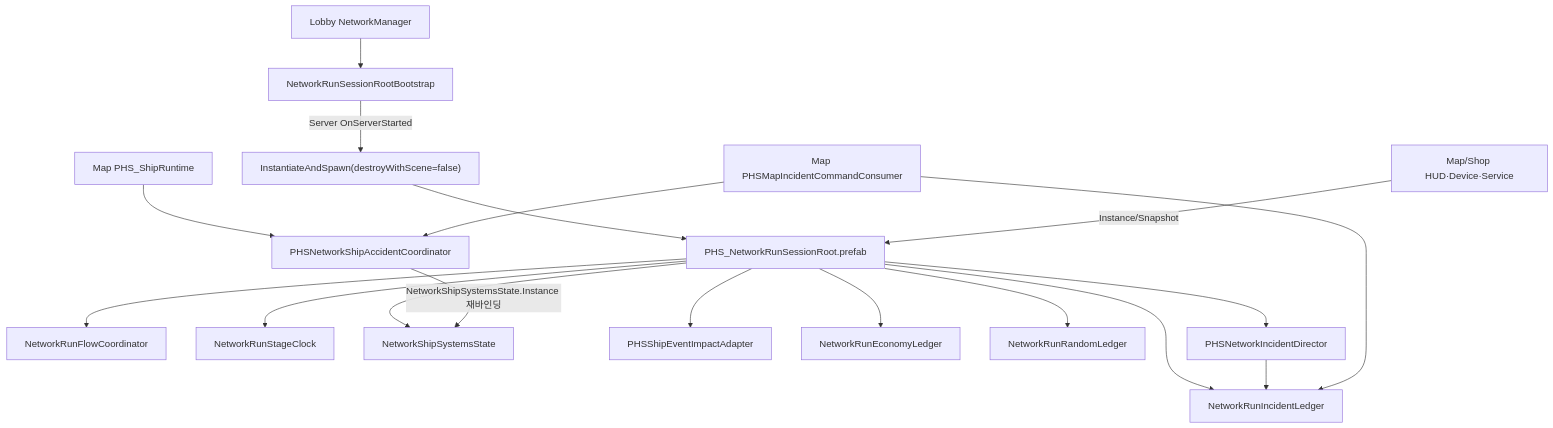
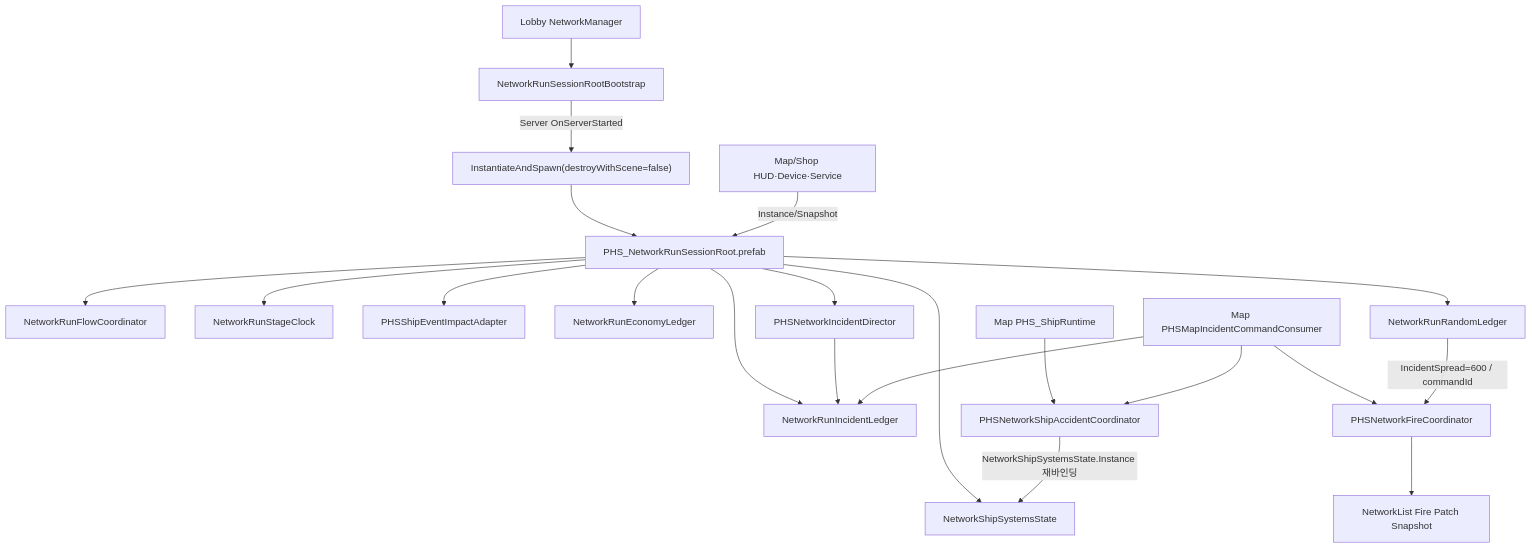
One commit to bokings34-ui/LastJumpCrew_Copy changed the diagram in Docs/PHS_RUN_SESSION_ROOT_IMPLEMENTATION_0718.md. Above: the diagram before and after it, drawn with Mermaid. The commit also changed other lines of this file and 39 other files, not shown here.

````diff
--- a/Docs/PHS_RUN_SESSION_ROOT_IMPLEMENTATION_0718.md
+++ b/Docs/PHS_RUN_SESSION_ROOT_IMPLEMENTATION_0718.md
@@ -21,20 +21,23 @@
 ```mermaid
 flowchart TB
     A["Lobby NetworkManager"] --> B["NetworkRunSessionRootBootstrap"]
     B -->|"Server OnServerStarted"| C["InstantiateAndSpawn(destroyWithScene=false)"]
     C --> D["PHS_NetworkRunSessionRoot.prefab"]
     D --> E["NetworkRunFlowCoordinator"]
     D --> F["NetworkRunStageClock"]
     D --> G["NetworkShipSystemsState"]
     D --> H["PHSShipEventImpactAdapter"]
     D --> L["NetworkRunEconomyLedger"]
     D --> M["NetworkRunRandomLedger"]
     D --> N["NetworkRunIncidentLedger"]
     D --> O["PHSNetworkIncidentDirector"]
     O --> N
     I["Map PHS_ShipRuntime"] --> J["PHSNetworkShipAccidentCoordinator"]
     P["Map PHSMapIncidentCommandConsumer"] --> N
     P --> J
+    P --> Q["PHSNetworkFireCoordinator"]
+    M -->|"IncidentSpread=600 / commandId"| Q
+    Q --> R["NetworkList Fire Patch Snapshot"]
     J -->|"NetworkShipSystemsState.Instance 재바인딩"| G
     K["Map/Shop HUD·Device·Service"] -->|"Instance/Snapshot"| D
 ```
````
